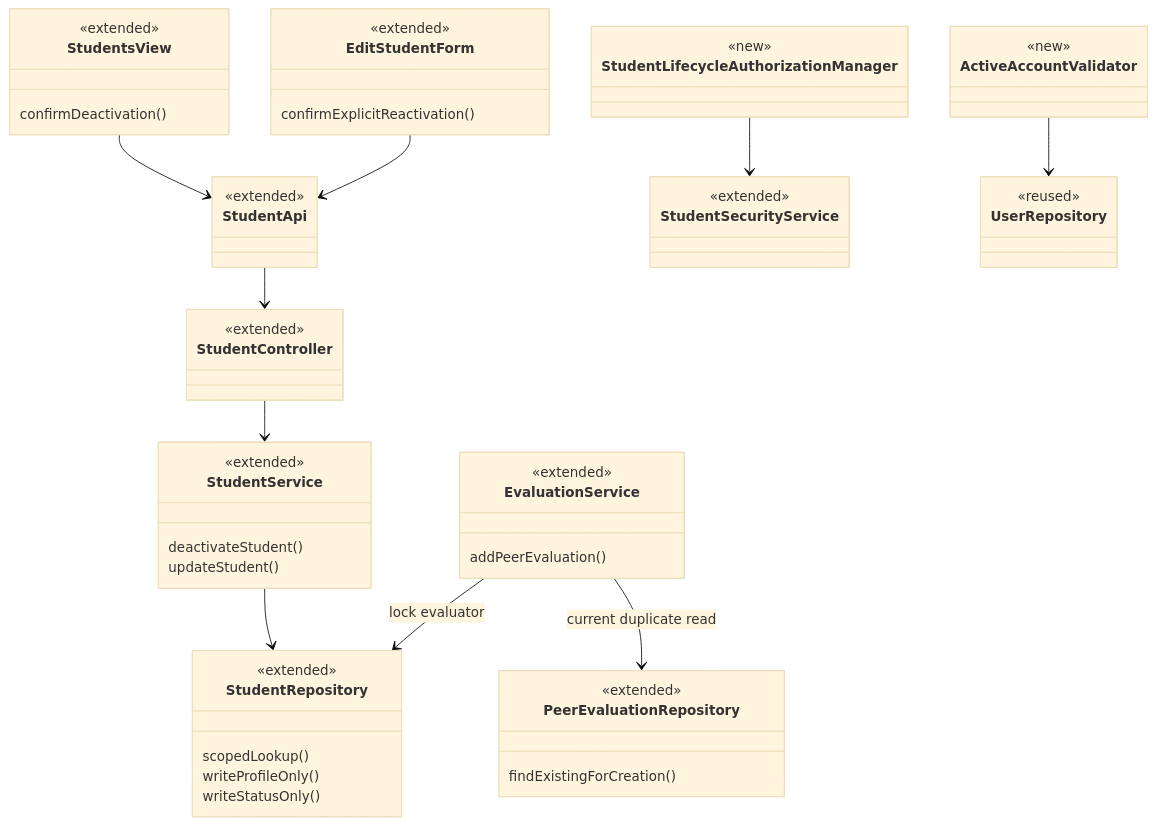
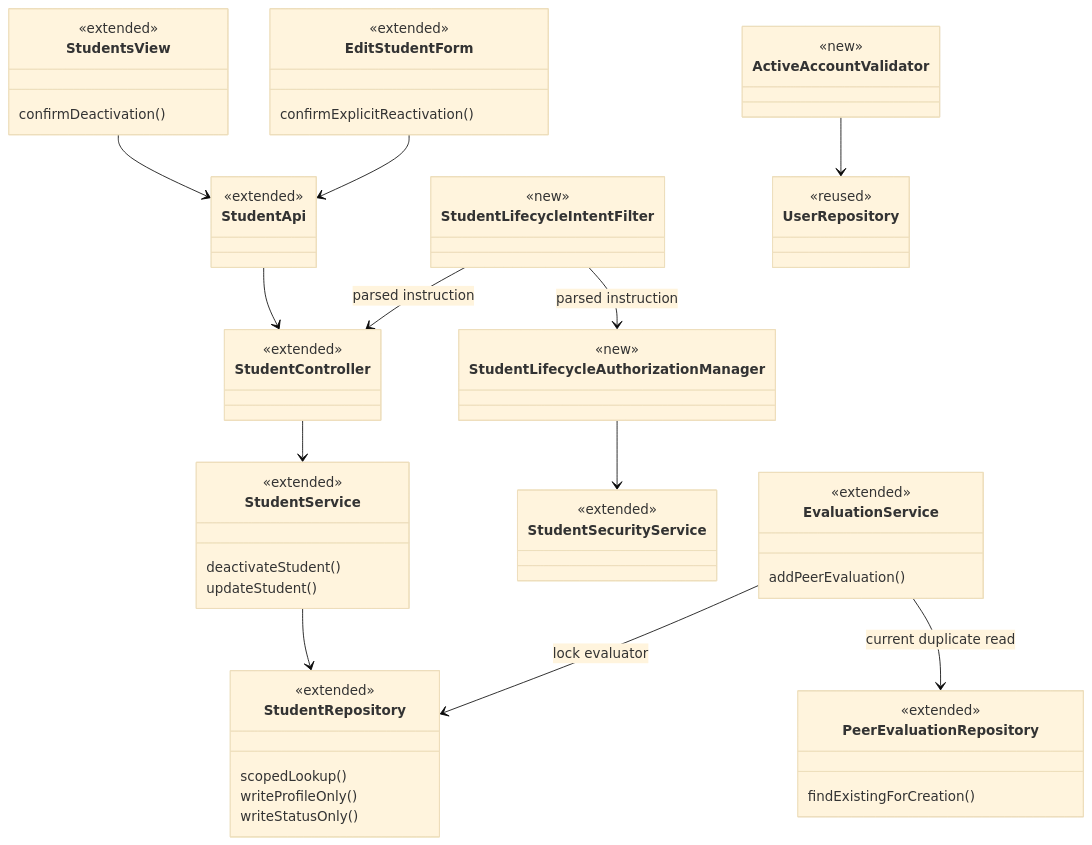
The first of 5 diagrams in docs/design/stu.md (tessapayne/add-a-use-case), drawn with Mermaid (base theme) before and after one commit. The commit also changed other lines of this file and 6 other files, not shown here.

````diff
--- a/docs/design/stu.md
+++ b/docs/design/stu.md
@@ -30,57 +31,62 @@
 ```mermaid
 classDiagram
     class StudentsView {
         <<extended>>
         confirmDeactivation()
     }
     class EditStudentForm {
         <<extended>>
         confirmExplicitReactivation()
     }
     class StudentApi {
         <<extended>>
     }
     class StudentController {
         <<extended>>
     }
     class StudentService {
         <<extended>>
         deactivateStudent()
         updateStudent()
     }
     class StudentRepository {
         <<extended>>
         scopedLookup()
         writeProfileOnly()
         writeStatusOnly()
     }
     class StudentLifecycleAuthorizationManager {
         <<new>>
     }
     class StudentSecurityService {
         <<extended>>
     }
+    class StudentLifecycleIntentFilter {
+        <<new>>
+    }
     class ActiveAccountValidator {
         <<new>>
     }
     class EvaluationService {
         <<extended>>
         addPeerEvaluation()
     }
     class PeerEvaluationRepository {
         <<extended>>
         findExistingForCreation()
     }
     class UserRepository {
         <<reused>>
     }
     StudentsView --> StudentApi
     EditStudentForm --> StudentApi
     StudentApi --> StudentController
     StudentController --> StudentService
     StudentService --> StudentRepository
     StudentLifecycleAuthorizationManager --> StudentSecurityService
+    StudentLifecycleIntentFilter --> StudentController : parsed instruction
+    StudentLifecycleIntentFilter --> StudentLifecycleAuthorizationManager : parsed instruction
     ActiveAccountValidator --> UserRepository
     EvaluationService --> StudentRepository : lock evaluator
     EvaluationService --> PeerEvaluationRepository : current duplicate read
 ```
````
